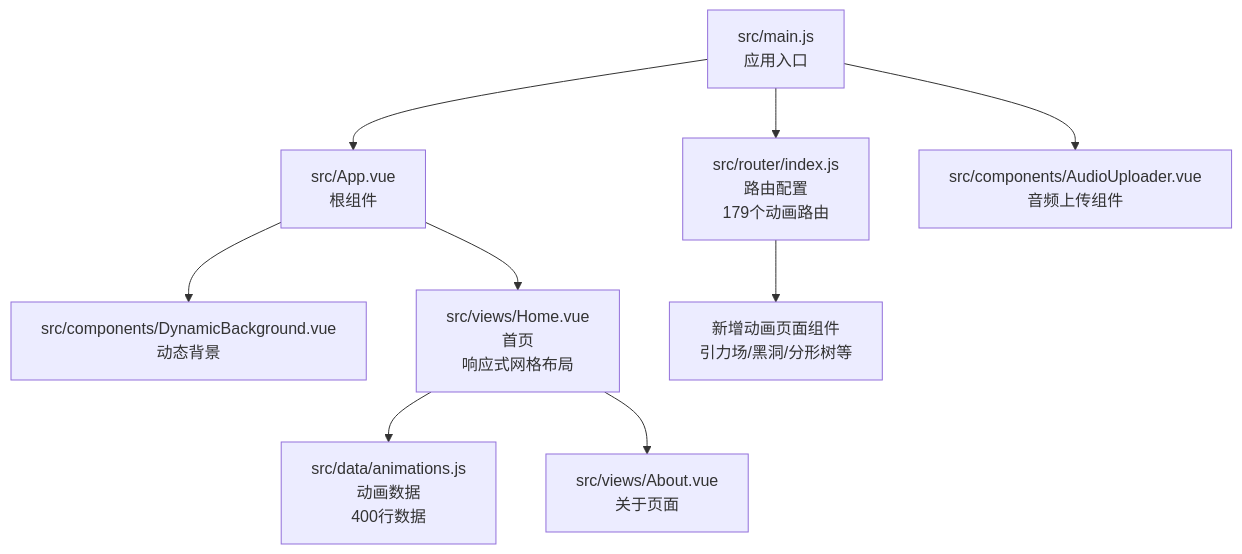
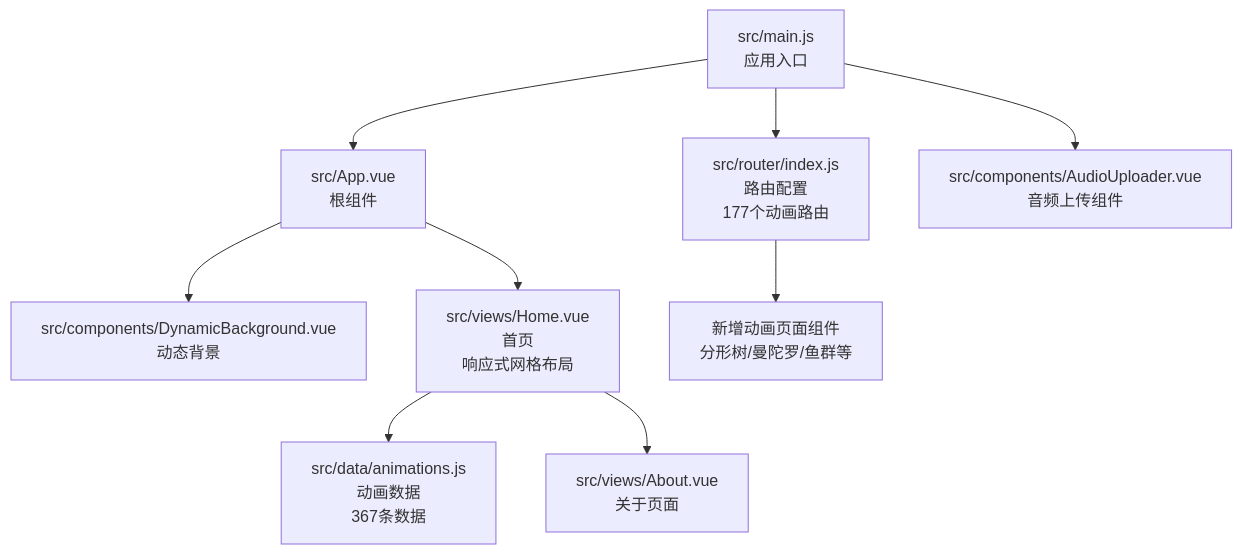
Before and after one commit to yuyezhizhi/yuyezhizhi.github.io: the first of 9 diagrams in .qoder/repowiki/zh/content/技术架构/核心框架架构.md, drawn with Mermaid. The commit also changed other lines of this file and 14 other files, not shown here.

````diff
--- a/.qoder/repowiki/zh/content/技术架构/核心框架架构.md
+++ b/.qoder/repowiki/zh/content/技术架构/核心框架架构.md
@@ -57,11 +55,11 @@
 ```mermaid
 graph TB
 A["src/main.js<br/>应用入口"] --> B["src/App.vue<br/>根组件"]
-A --> C["src/router/index.js<br/>路由配置<br/>179个动画路由"]
+A --> C["src/router/index.js<br/>路由配置<br/>177个动画路由"]
 B --> D["src/components/DynamicBackground.vue<br/>动态背景"]
 B --> E["src/views/Home.vue<br/>首页<br/>响应式网格布局"]
-E --> F["src/data/animations.js<br/>动画数据<br/>400行数据"]
+E --> F["src/data/animations.js<br/>动画数据<br/>367条数据"]
 E --> G["src/views/About.vue<br/>关于页面"]
 A --> H["src/components/AudioUploader.vue<br/>音频上传组件"]
-C --> I["新增动画页面组件<br/>引力场/黑洞/分形树等"]
+C --> I["新增动画页面组件<br/>分形树/曼陀罗/鱼群等"]
 ```
````
